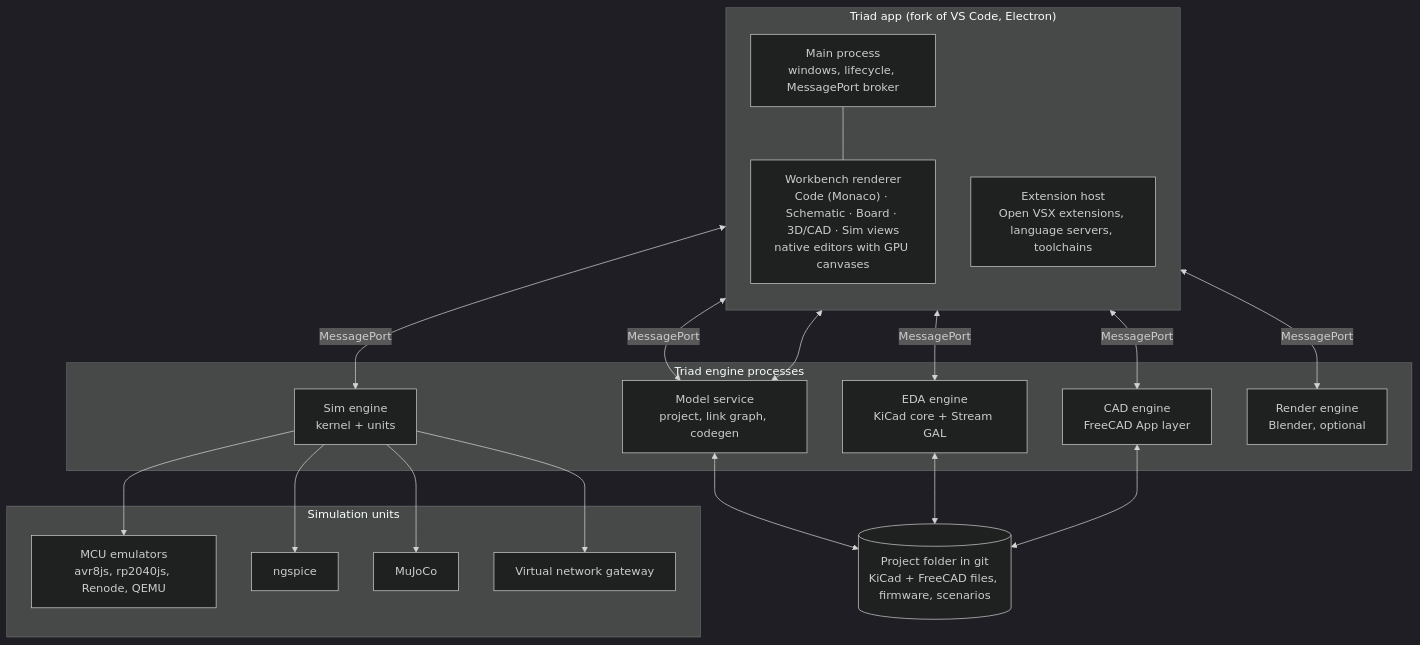
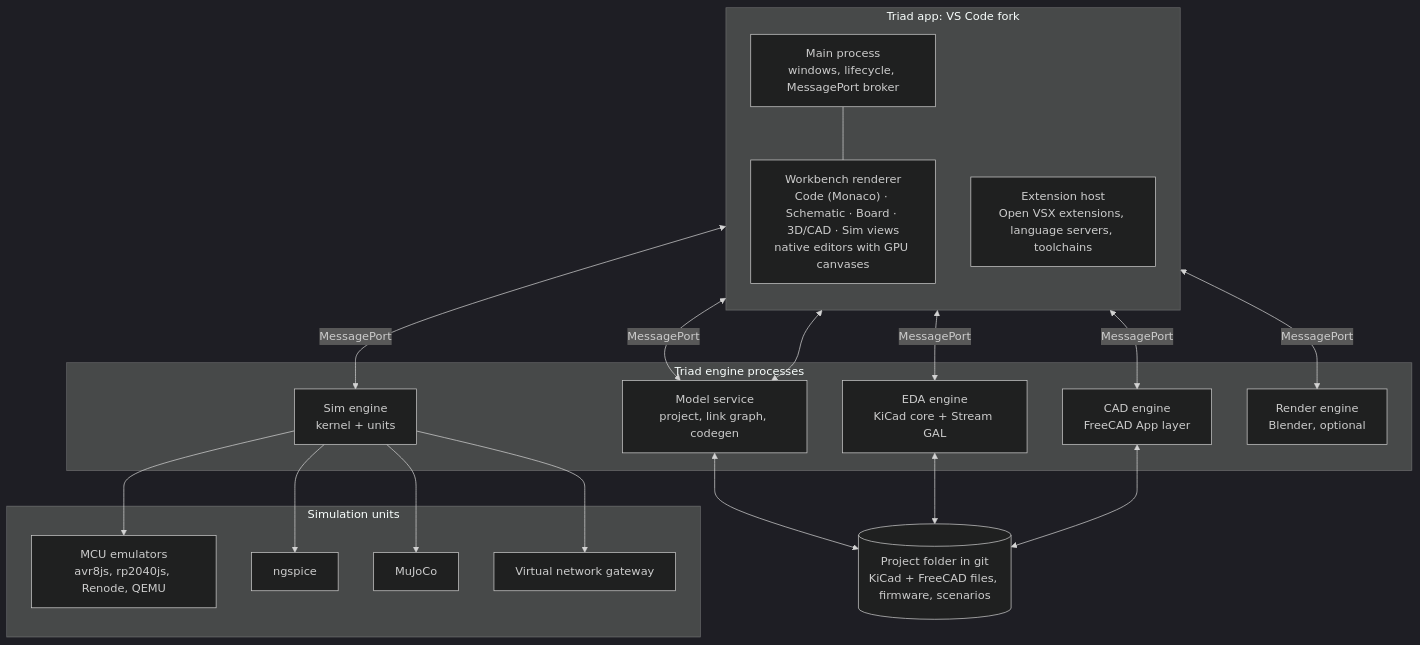
One commit to NoboIshraque/triage changed the first of 3 diagrams in docs/PLAN.md. Above: the diagram before and after it, drawn with Mermaid (dark theme). The commit also changed 2 other files, not shown here.

Commit message:
docs: map Triad's fork insertion points in the VS Code teardown
- docs/research/vscode.md: rewritten for the standalone fork (where
  Triad's editors, engine processes, branding and build entry points
  plug into Code-OSS), round-1 facts kept, round-2 run status
- docs/PLAN.md: shorter overview diagram title
- rea-full-breakdown skill: recipe for surviving session restarts

Claude-Session: https://claude.ai/code/session_01Mn5w6VZWUCyrZw5h6YtfyD

````diff
--- a/docs/PLAN.md
+++ b/docs/PLAN.md
@@ -120,34 +120,34 @@
 ```mermaid
 flowchart TB
-  subgraph TRIAD["Triad app (fork of VS Code, Electron)"]
+  subgraph TRIAD["Triad app: VS Code fork"]
     direction TB
     UI["Workbench renderer<br/>Code (Monaco) · Schematic · Board · 3D/CAD · Sim views<br/>native editors with GPU canvases"]
     MAIN["Main process<br/>windows, lifecycle, MessagePort broker"]
     EXT["Extension host<br/>Open VSX extensions, language servers, toolchains"]
   end
   subgraph ENGINES["Triad engine processes"]
     MODEL["Model service<br/>project, link graph, codegen"]
     EDA["EDA engine<br/>KiCad core + Stream GAL"]
     CAD["CAD engine<br/>FreeCAD App layer"]
     SIM["Sim engine<br/>kernel + units"]
     REN["Render engine<br/>Blender, optional"]
   end
   subgraph UNITS["Simulation units"]
     MCU["MCU emulators<br/>avr8js, rp2040js, Renode, QEMU"]
     SPICE["ngspice"]
     PHYS["MuJoCo"]
     NET["Virtual network gateway"]
   end
   FILES[("Project folder in git<br/>KiCad + FreeCAD files, firmware, scenarios")]
   MAIN --- UI
   UI <-->|MessagePort| MODEL
   UI <-->|MessagePort| EDA
   UI <-->|MessagePort| CAD
   UI <-->|MessagePort| SIM
   UI <-->|MessagePort| REN
   EXT <--> MODEL
   MODEL <--> FILES
   EDA <--> FILES
   CAD <--> FILES
   SIM --> MCU & SPICE & PHYS & NET
 ```
````
